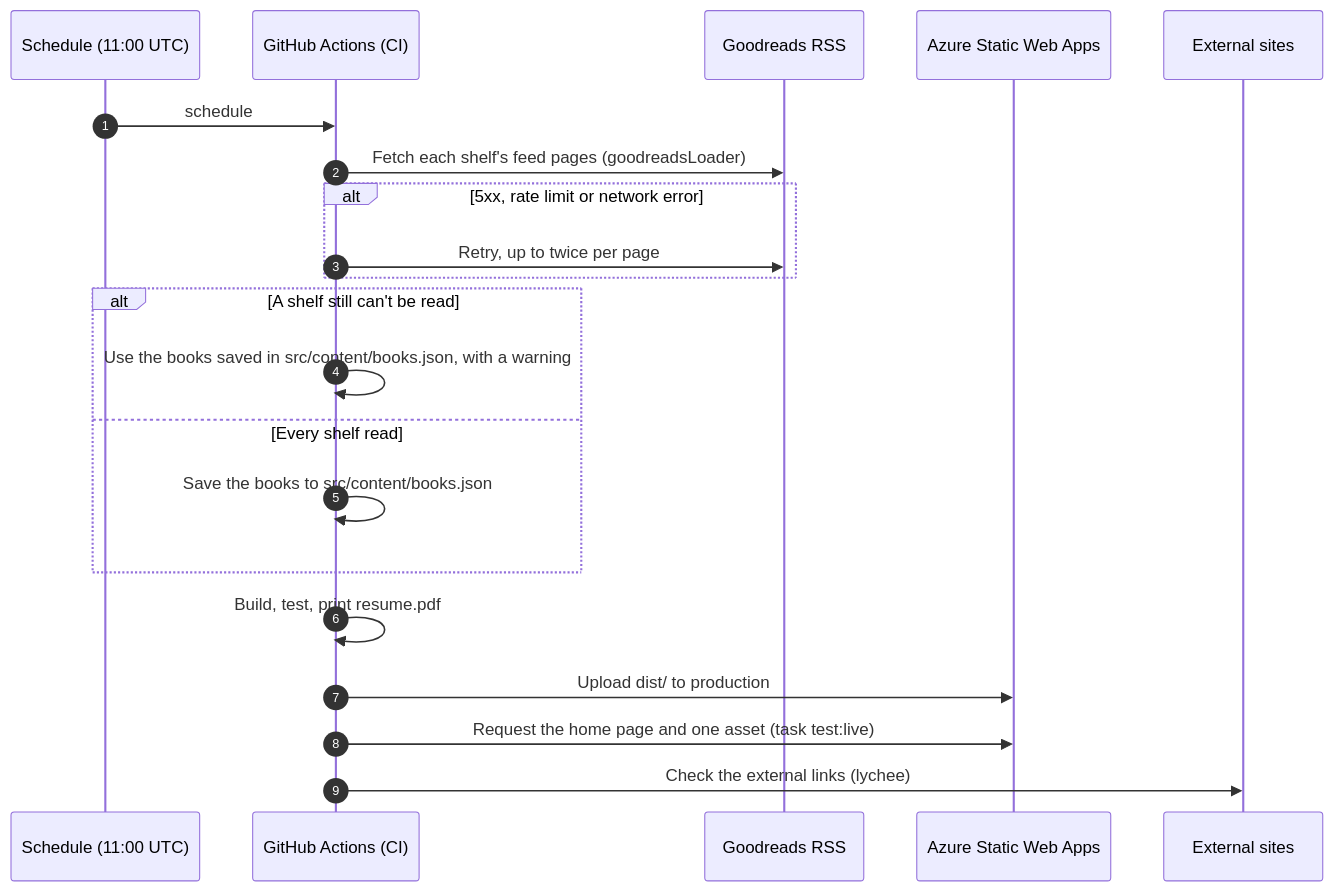
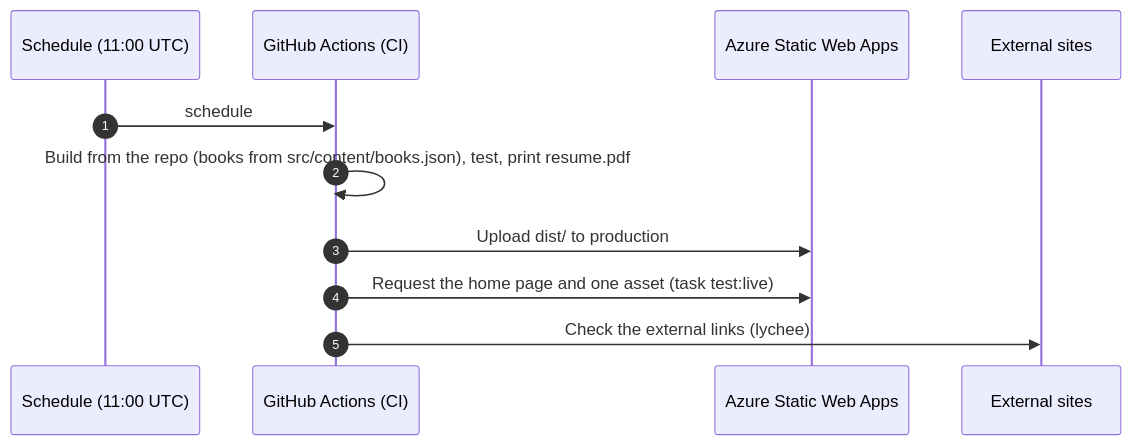
The third of 5 diagrams in docs/architecture/flows.md (jimmykurian/personal-site), drawn with Mermaid before and after one commit. The commit also changed other lines of this file and 23 other files, not shown here.

First line of the commit message:
fix(reading): read the Goodreads shelf widgets, which replace the retired RSS feeds (#55)

````diff
--- a/docs/architecture/flows.md
+++ b/docs/architecture/flows.md
@@ -79,24 +79,14 @@
 ```mermaid
 sequenceDiagram
     autonumber
     participant Cron as Schedule (11:00 UTC)
     participant CI as GitHub Actions (CI)
-    participant GR as Goodreads RSS
     participant SWA as Azure Static Web Apps
     participant Web as External sites
 
     Cron->>CI: schedule
-    CI->>GR: Fetch each shelf's feed pages (goodreadsLoader)
-    alt 5xx, rate limit or network error
-        CI->>GR: Retry, up to twice per page
-    end
-    alt A shelf still can't be read
-        CI->>CI: Use the books saved in src/content/books.json, with a warning
-    else Every shelf read
-        CI->>CI: Save the books to src/content/books.json
-    end
-    CI->>CI: Build, test, print resume.pdf
+    CI->>CI: Build from the repo (books from src/content/books.json), test, print resume.pdf
     CI->>SWA: Upload dist/ to production
     CI->>SWA: Request the home page and one asset (task test:live)
     CI->>Web: Check the external links (lychee)
 ```
````
